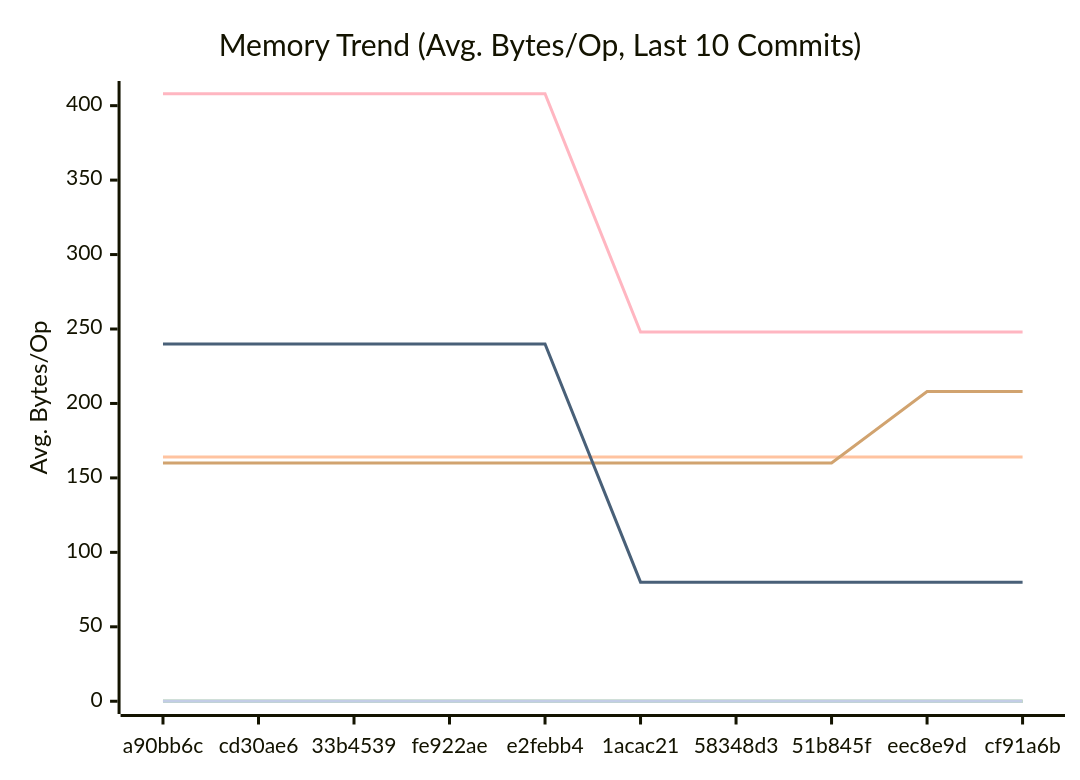
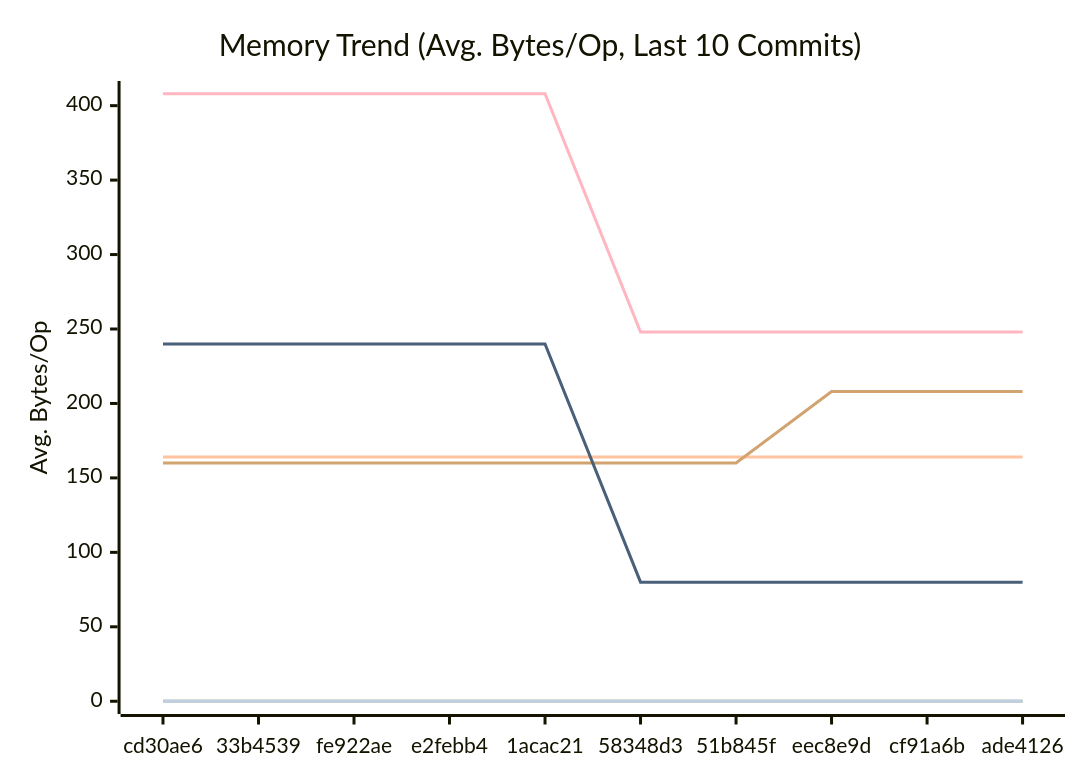
The second of 3 diagrams in docs/PERFORMANCE.md (alsotoes/momo), drawn with Mermaid before and after one commit. The commit also changed other lines of this file and 1 other file, not shown here.

````diff
--- a/docs/PERFORMANCE.md
+++ b/docs/PERFORMANCE.md
@@ -97,16 +97,16 @@
 ```mermaid
 xychart-beta
     title "Memory Trend (Avg. Bytes/Op, Last 10 Commits)"
     x-axis "Commit"
     y-axis "Avg. Bytes/Op"
-    x-axis [a90bb6c,cd30ae6,33b4539,fe922ae,e2febb4,1acac21,58348d3,51b845f,eec8e9d,cf91a6b]
+    x-axis [cd30ae6,33b4539,fe922ae,e2febb4,1acac21,58348d3,51b845f,eec8e9d,cf91a6b,ade4126]
     line "CheckMetricsAndSwap" [0,0,0,0,0,0,0,0,0,0]
     line "CrushOptimized" [0,0,0,0,0,0,0,0,0,0]
     line "CrushOriginal" [164,164,164,164,164,164,164,164,164,164]
     line "IndexDirectTracking" [0,0,0,0,0,0,0,0,0,0]
     line "IndexSearch" [0,0,0,0,0,0,0,0,0,0]
-    line "LoadGlobalConfig" [160,160,160,160,160,160,160,160,208,208]
+    line "LoadGlobalConfig" [160,160,160,160,160,160,160,208,208,208]
     line "PadString" [0,0,0,0,0,0,0,0,0,0]
     line "ParseReplicationOrder_NoPrealloc" [408,408,408,408,408,248,248,248,248,248]
     line "ParseReplicationOrder_Prealloc" [240,240,240,240,240,80,80,80,80,80]
 ```
````
